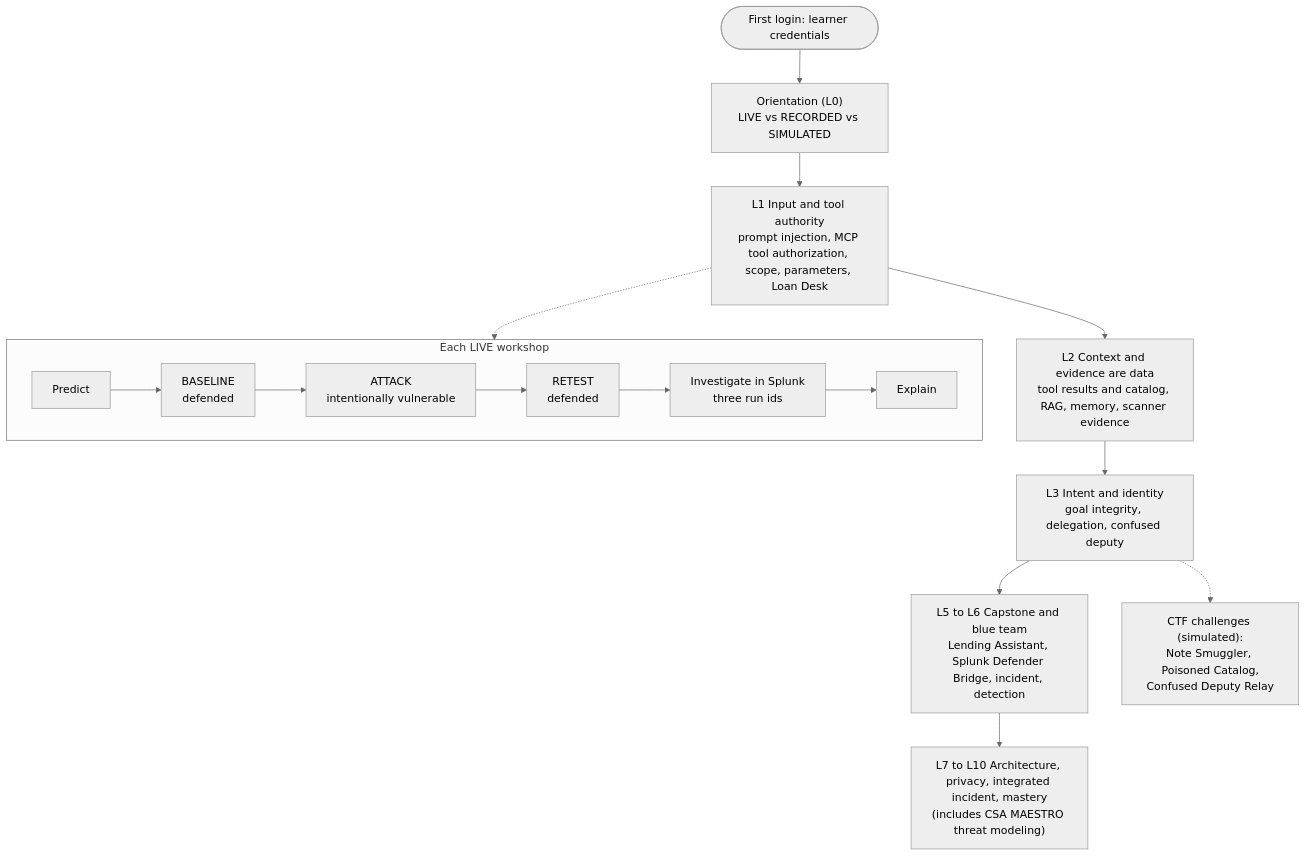
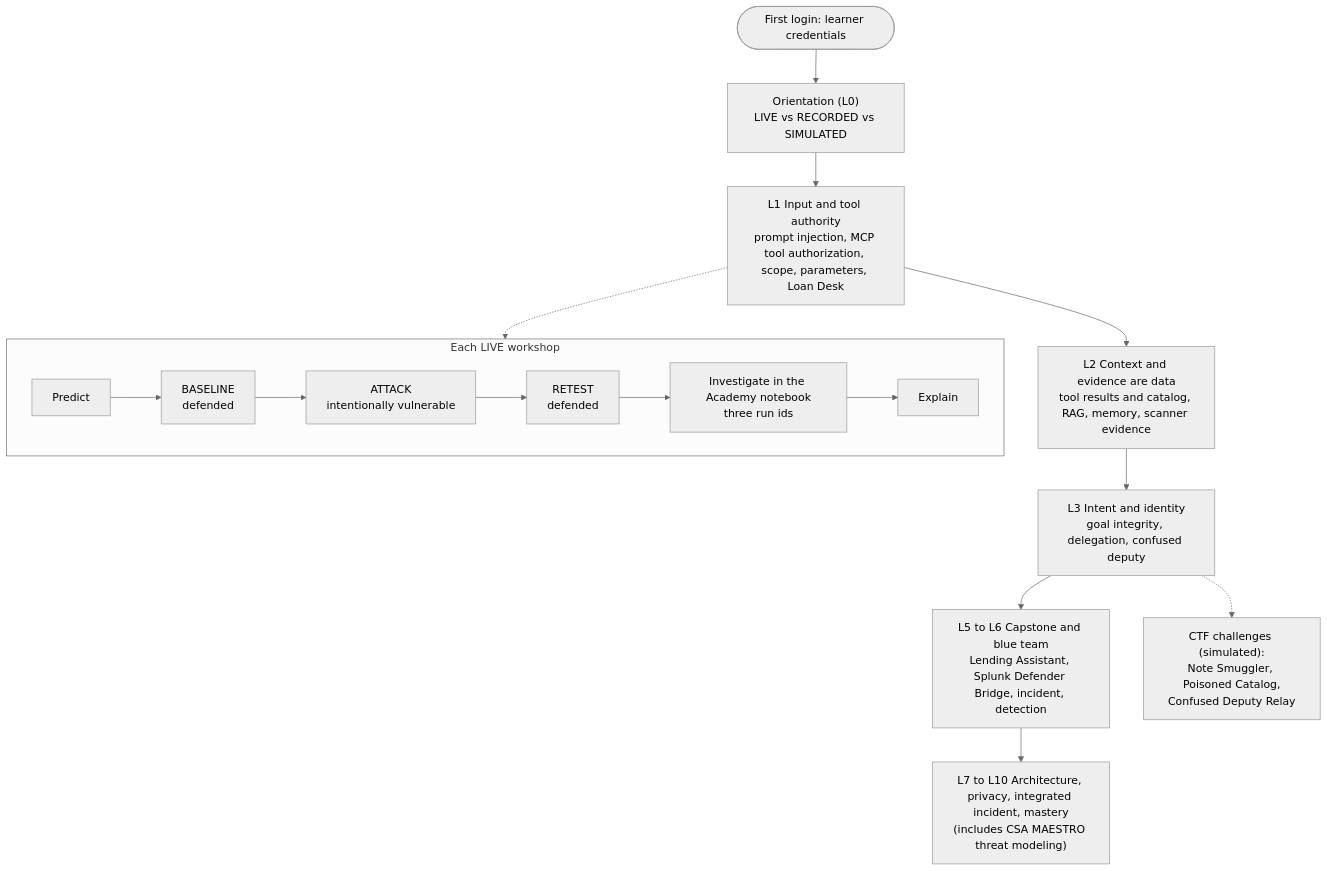
The eighth of 8 diagrams in docs/VISUAL_GUIDE.md (machowdhury/AgentSecLab), drawn with Mermaid (neutral theme) before and after one commit. The commit also changed other lines of this file and 113 other files, not shown here.

````diff
--- a/docs/VISUAL_GUIDE.md
+++ b/docs/VISUAL_GUIDE.md
@@ -226,15 +226,15 @@
 ```mermaid
 flowchart TB
   S(["First login: learner credentials"]) --> O["Orientation (L0)<br/>LIVE vs RECORDED vs SIMULATED"]
   O --> L1["L1 Input and tool authority<br/>prompt injection, MCP tool authorization, scope, parameters, Loan Desk"]
   L1 --> L2["L2 Context and evidence are data<br/>tool results and catalog, RAG, memory, scanner evidence"]
   L2 --> L3["L3 Intent and identity<br/>goal integrity, delegation, confused deputy"]
   L3 --> L5["L5 to L6 Capstone and blue team<br/>Lending Assistant, Splunk Defender Bridge, incident, detection"]
   L5 --> L7["L7 to L10 Architecture, privacy, integrated incident, mastery<br/>(includes CSA MAESTRO threat modeling)"]
   subgraph LIVE["Each LIVE workshop"]
     direction LR
-    P["Predict"] --> B["BASELINE<br/>defended"] --> A["ATTACK<br/>intentionally vulnerable"] --> R["RETEST<br/>defended"] --> I["Investigate in Splunk<br/>three run ids"] --> X["Explain"]
+    P["Predict"] --> B["BASELINE<br/>defended"] --> A["ATTACK<br/>intentionally vulnerable"] --> R["RETEST<br/>defended"] --> I["Investigate in the Academy notebook<br/>three run ids"] --> X["Explain"]
   end
   L1 -.-> LIVE
   L3 -.-> CTF["CTF challenges (simulated):<br/>Note Smuggler, Poisoned Catalog,<br/>Confused Deputy Relay"]
 ```
````
